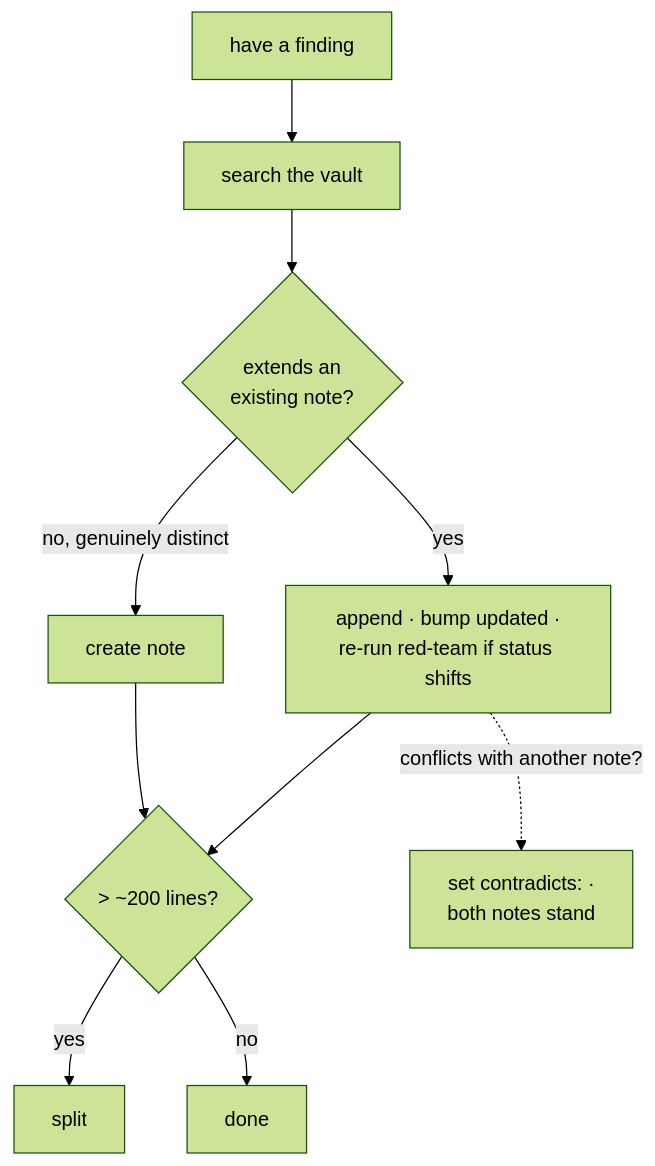
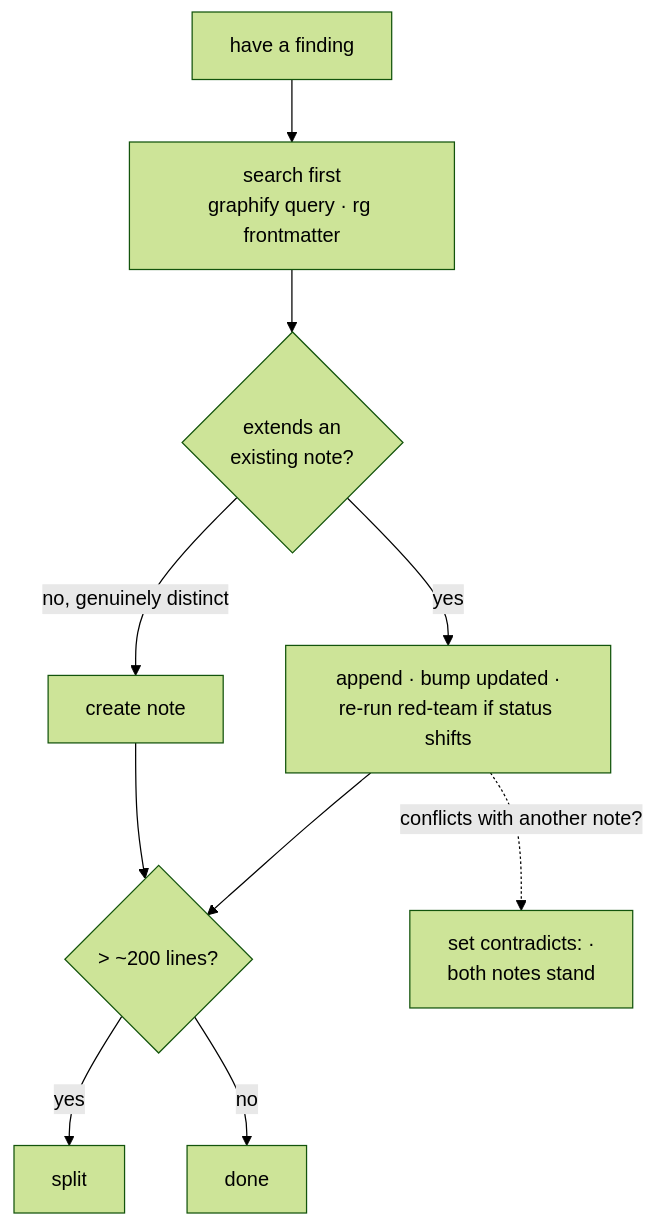
The fourth of 4 diagrams in knowledge/SCHEMA.md (poetandsinger/SRTP_PowerElectronicsAI), drawn with Mermaid (forest theme) before and after one commit. The commit also changed other lines of this file and 7 other files, not shown here.

````diff
--- a/knowledge/SCHEMA.md
+++ b/knowledge/SCHEMA.md
@@ -293,12 +317,12 @@
 ```mermaid
 flowchart TD
-    F["have a finding"] --> S["search the vault"]
+    F["have a finding"] --> S["search first<br/>graphify query · rg frontmatter"]
     S --> E{"extends an<br/>existing note?"}
     E -- yes --> A["append · bump updated ·<br/>re-run red-team if status shifts"]
     E -- "no, genuinely distinct" --> N["create note"]
     A --> L{"> ~200 lines?"}
     N --> L
     L -- yes --> SP["split"]
     L -- no --> D["done"]
     A -. "conflicts with another note?" .-> C["set contradicts: ·<br/>both notes stand"]
 ```
````
